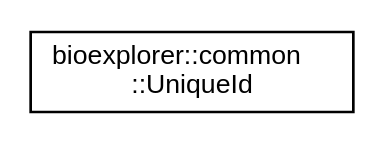
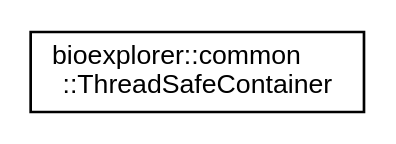
Before and after one commit to BlueBrain/BioExplorer: the diagram in docs/inherit_graph_8.dot, drawn with Graphviz. The commit also changed 458 other files, not shown here.

```diff
--- a/docs/inherit_graph_8.dot
+++ b/docs/inherit_graph_8.dot
@@ -1,8 +1,8 @@
 digraph "Graphical Class Hierarchy"
 {
  // LATEX_PDF_SIZE
   edge [fontname="Helvetica",fontsize="10",labelfontname="Helvetica",labelfontsize="10"];
   node [fontname="Helvetica",fontsize="10",shape=record];
   rankdir="LR";
-  Node0 [label="bioexplorer::common\l::UniqueId",height=0.2,width=0.4,color="black", fillcolor="white", style="filled",URL="$d0/dbd/classbioexplorer_1_1common_1_1UniqueId.html",tooltip="The UniqueID class provides a way to get a unique identifier accross the application."];
+  Node0 [label="bioexplorer::common\l::ThreadSafeContainer",height=0.2,width=0.4,color="black", fillcolor="white", style="filled",URL="$d2/d4a/classbioexplorer_1_1common_1_1ThreadSafeContainer.html",tooltip="The ThreadSafeContainer class is used to load large datasets in parallel. Every individual element is..."];
 }
```
